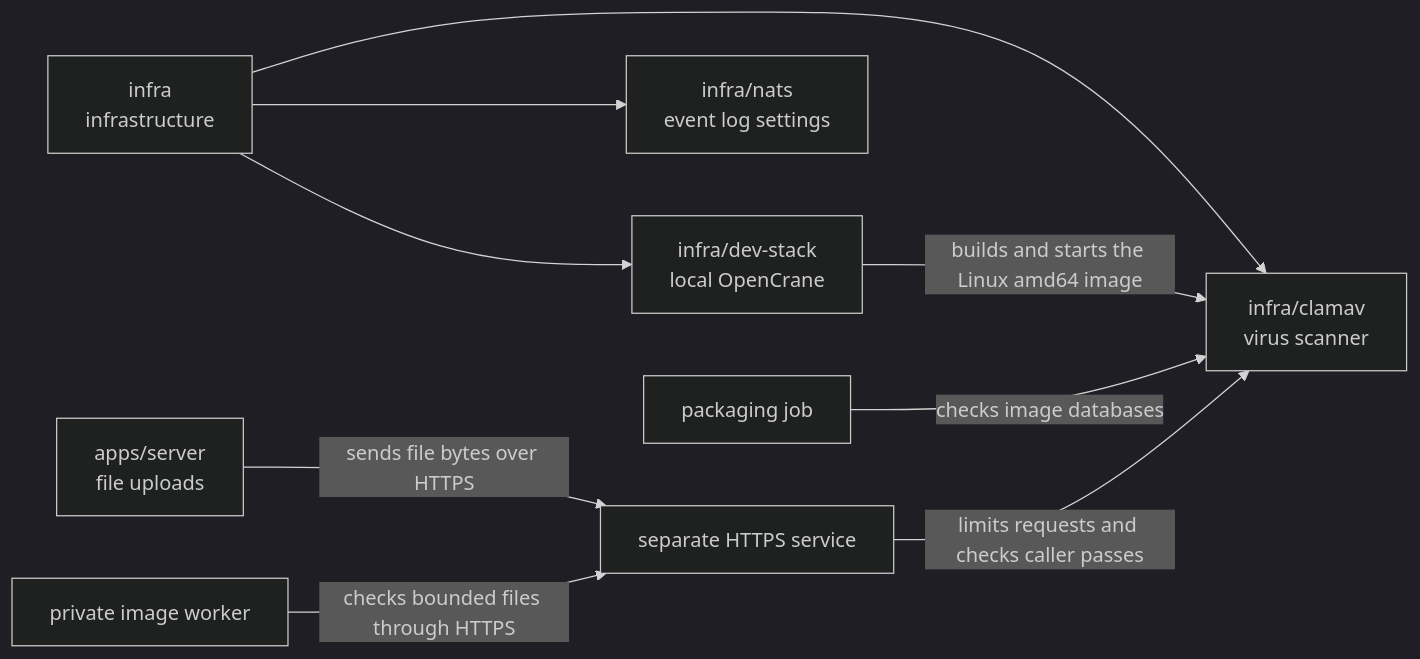
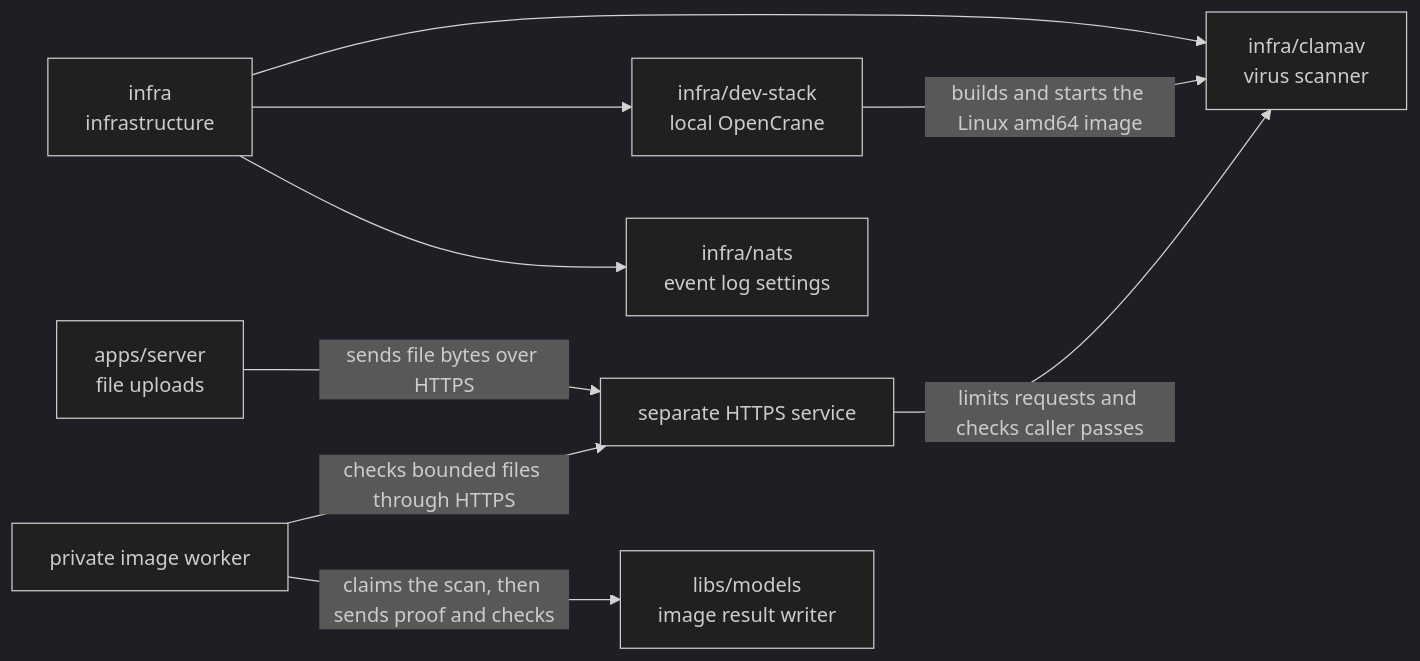
The diagram in infra/clamav/README.md (elewa-git/opencrane-new), drawn with Mermaid (dark theme) before and after one commit. The commit also changed other lines of this file and 27 other files, not shown here.

First line of the commit message:
🦠 Image scan results reach the admission writer only from the real scanner, scanned once per attempt (#966)

````diff
--- a/infra/clamav/README.md
+++ b/infra/clamav/README.md
@@ -18,11 +18,11 @@
 ```mermaid
 flowchart LR
   infra["infra<br/>infrastructure"] --> clamav["infra/clamav<br/>virus scanner"]
   infra --> stack["infra/dev-stack<br/>local OpenCrane"]
   infra --> nats["infra/nats<br/>event log settings"]
   stack -->|builds and starts the Linux amd64 image| clamav
   server["apps/server<br/>file uploads"] -->|sends file bytes over HTTPS| launcher
   worker["private image worker"] -->|checks bounded files through HTTPS| launcher
-  packaging["packaging job"] -->|checks image databases| clamav
+  worker -->|claims the scan, then sends proof and checks| models["libs/models<br/>image result writer"]
   launcher["separate HTTPS service"] -->|limits requests and checks caller passes| clamav
 ```
````
